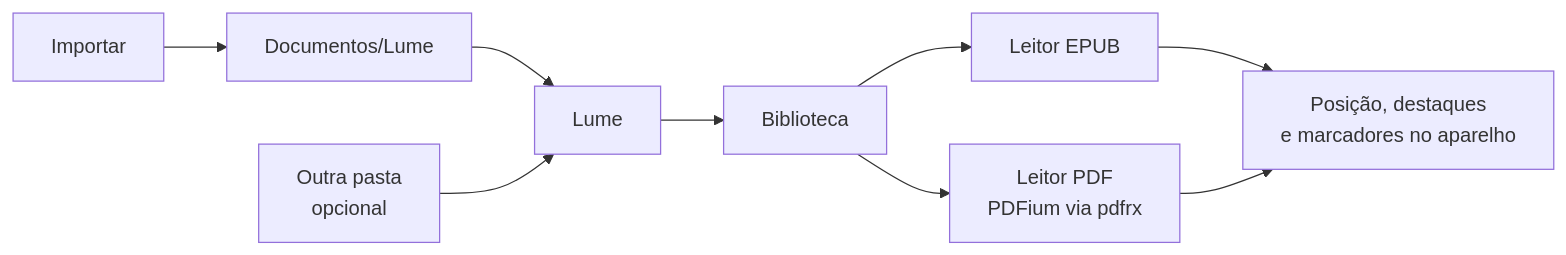
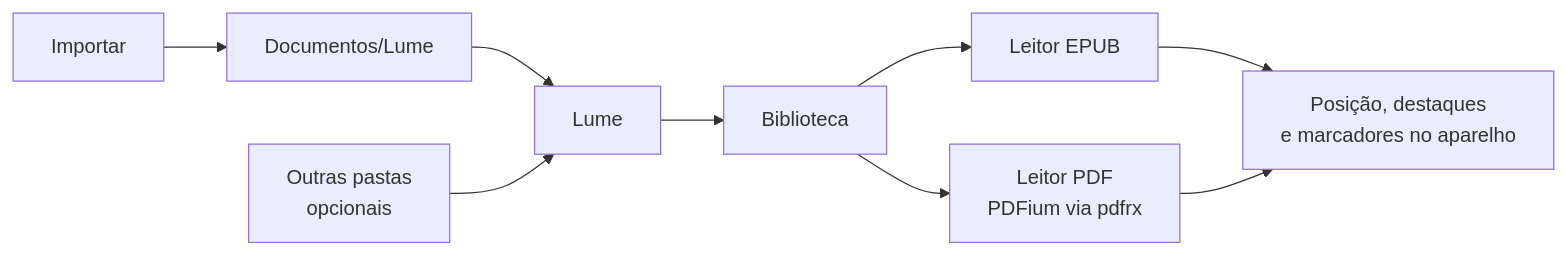
Before and after one commit to heliorosadoneto/lume: the diagram in README.md, drawn with Mermaid. The commit also changed other lines of this file and 34 other files, not shown here.

````diff
--- a/README.md
+++ b/README.md
@@ -171,11 +184,11 @@
 ```mermaid
 flowchart LR
   I[Importar] --> L[Documentos/Lume]
   L --> B[Lume]
-  A[Outra pasta<br>opcional] --> B
+  A[Outras pastas<br>opcionais] --> B
   B --> C[Biblioteca]
   C --> D[Leitor EPUB]
   C --> P[Leitor PDF<br>PDFium via pdfrx]
   D --> E[Posição, destaques<br>e marcadores no aparelho]
   P --> E
 ```
````
